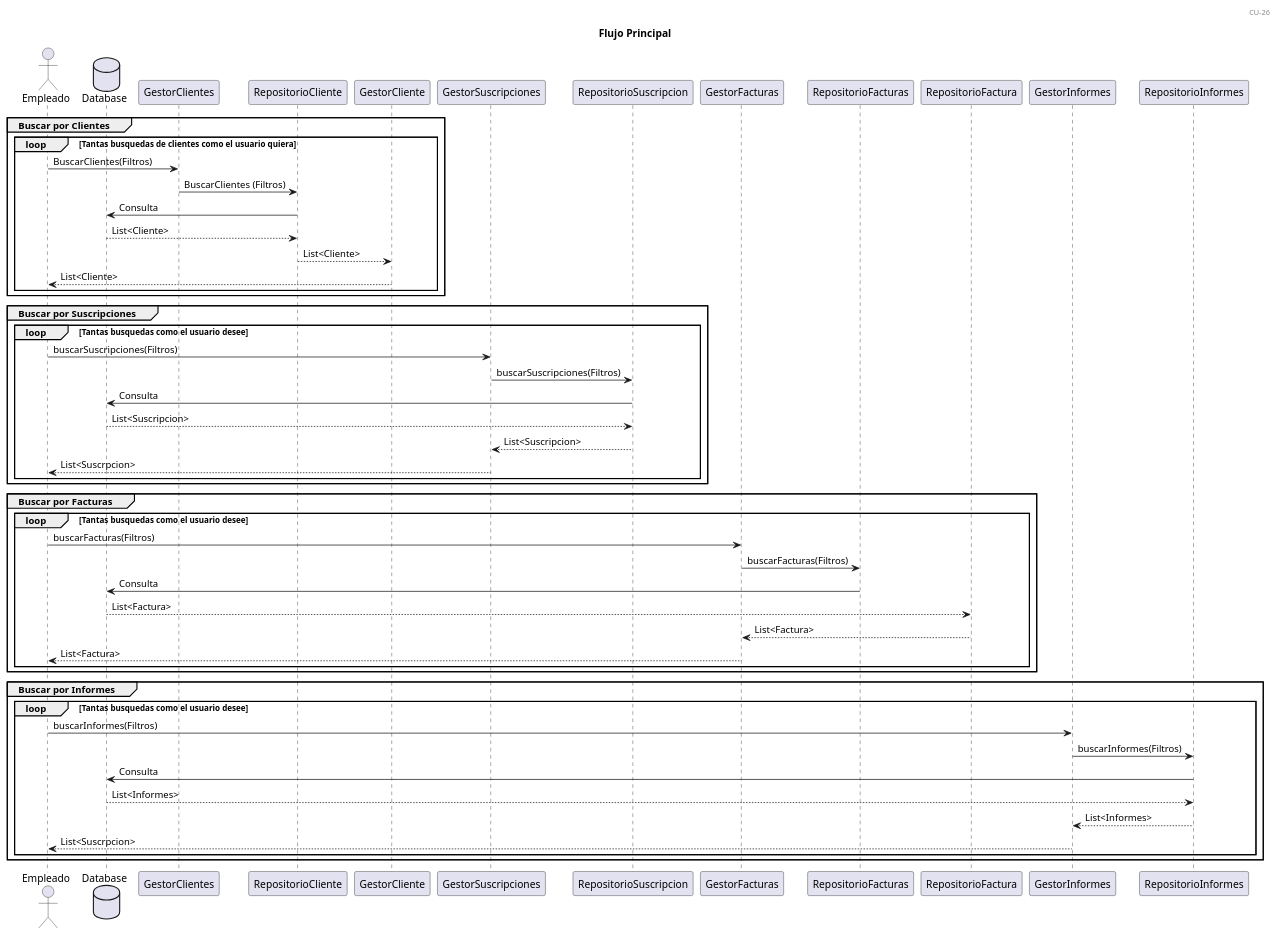
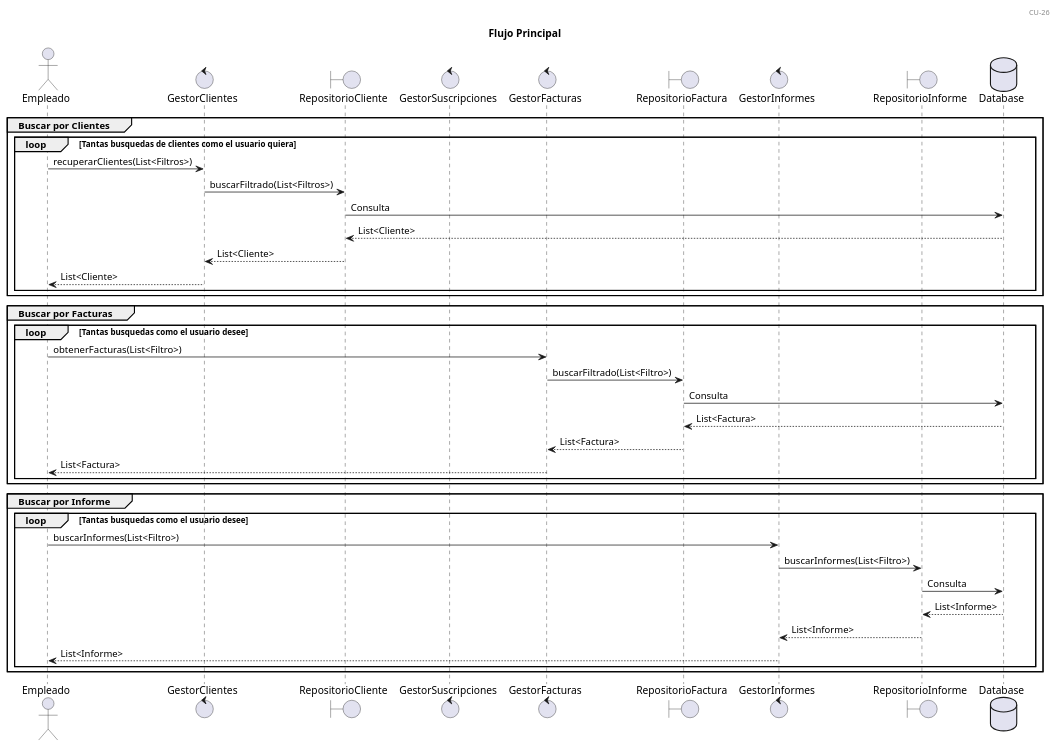
Before and after one commit to Vertossse/Elefantes: the diagram in entrega2/diagramas/secuencias/CU-26.puml, drawn with PlantUML. The commit also changed 9 other files, not shown here.

```diff
--- a/entrega2/diagramas/secuencias/CU-26.puml
+++ b/entrega2/diagramas/secuencias/CU-26.puml
@@ -1,51 +1,47 @@
 @startuml
 
 header CU-26
 title Flujo Principal 
 
 actor Empleado
+control GestorClientes
+boundary RepositorioCliente
+control GestorSuscripciones
+control GestorFacturas
+boundary RepositorioFactura
+control GestorInformes
+boundary RepositorioInforme 
 database Database 
-group Buscar por Clientes 
+group Buscar por Clientes
   loop Tantas busquedas de clientes como el usuario quiera 
-  Empleado -> GestorClientes : BuscarClientes(Filtros) 
-  GestorClientes -> RepositorioCliente : BuscarClientes (Filtros)
+  Empleado -> GestorClientes : recuperarClientes(List<Filtros>) 
+  GestorClientes -> RepositorioCliente : buscarFiltrado(List<Filtros>)
   RepositorioCliente -> Database : Consulta 
   Database --> RepositorioCliente : List<Cliente>
-  RepositorioCliente --> GestorCliente : List<Cliente> 
-  GestorCliente --> Empleado : List<Cliente>
+  RepositorioCliente --> GestorClientes : List<Cliente> 
+  GestorClientes --> Empleado : List<Cliente>
   end loop
 end group 
 
-group Buscar por Suscripciones 
-  loop Tantas busquedas como el usuario desee
-  Empleado -> GestorSuscripciones : buscarSuscripciones(Filtros)
-  GestorSuscripciones -> RepositorioSuscripcion : buscarSuscripciones(Filtros)
-  RepositorioSuscripcion -> Database : Consulta 
-  Database --> RepositorioSuscripcion : List<Suscripcion>
-  RepositorioSuscripcion --> GestorSuscripciones : List<Suscripcion>
-  GestorSuscripciones --> Empleado : List<Suscrpcion>
-  end loop
-end group
-
 group Buscar por Facturas 
   loop Tantas busquedas como el usuario desee
-  Empleado -> GestorFacturas : buscarFacturas(Filtros)
-  GestorFacturas -> RepositorioFacturas : buscarFacturas(Filtros)
-  RepositorioFacturas -> Database : Consulta 
+  Empleado -> GestorFacturas : obtenerFacturas(List<Filtro>)
+  GestorFacturas -> RepositorioFactura : buscarFiltrado(List<Filtro>)
+  RepositorioFactura -> Database : Consulta 
   Database --> RepositorioFactura : List<Factura>
   RepositorioFactura --> GestorFacturas : List<Factura>
   GestorFacturas --> Empleado : List<Factura>
   end loop
 end group 
 
-group Buscar por Informes 
+group Buscar por Informe 
   loop Tantas busquedas como el usuario desee
-  Empleado -> GestorInformes : buscarInformes(Filtros)
-  GestorInformes -> RepositorioInformes : buscarInformes(Filtros)
-  RepositorioInformes -> Database : Consulta 
-  Database --> RepositorioInformes : List<Informes>
-  RepositorioInformes --> GestorInformes : List<Informes>
-  GestorInformes --> Empleado : List<Suscrpcion>
+  Empleado -> GestorInformes : buscarInformes(List<Filtro>)
+  GestorInformes -> RepositorioInforme : buscarInformes(List<Filtro>)
+  RepositorioInforme -> Database : Consulta 
+  Database --> RepositorioInforme : List<Informe>
+  RepositorioInforme --> GestorInformes : List<Informe>
+  GestorInformes --> Empleado : List<Informe>
   end loop
 end group 
 @enduml
```
